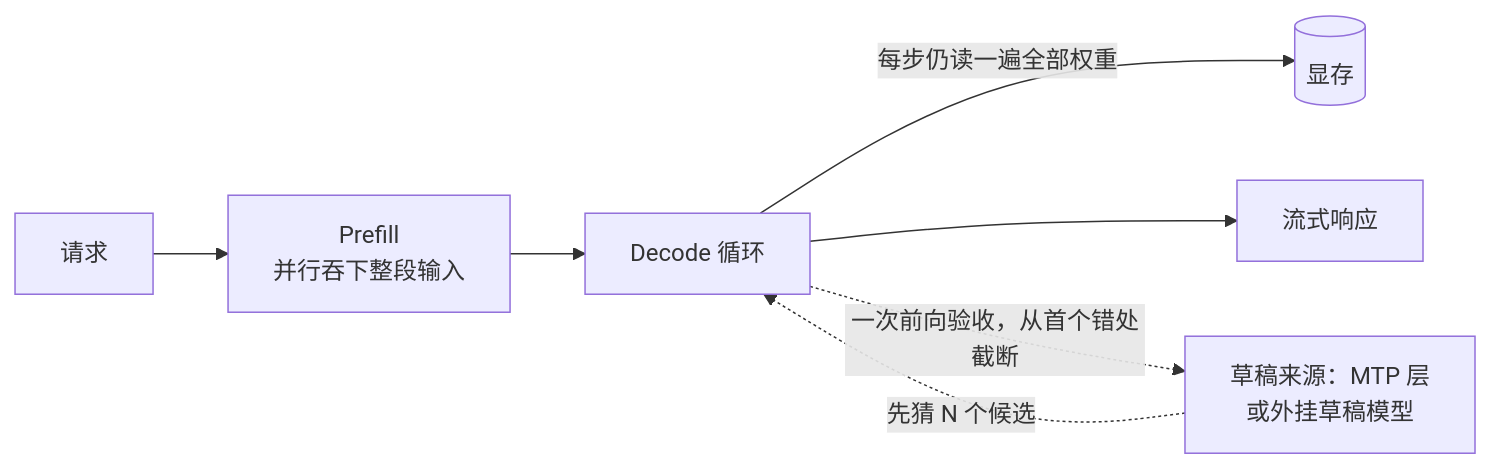
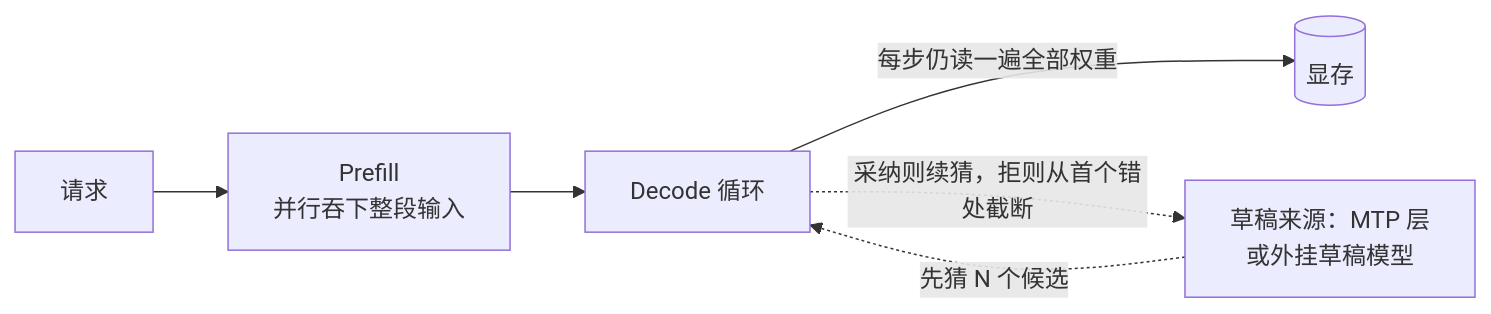
The diagram in content-v2/part3/3-5.md (Bahtya/llm-learning), drawn with Mermaid before and after one commit. The commit also changed other lines of this file and 39 other files, not shown here.

````diff
--- a/content-v2/part3/3-5.md
+++ b/content-v2/part3/3-5.md
@@ -15,9 +15,8 @@
 ```mermaid
 graph LR
     A["请求"] --> B["Prefill<br/>并行吞下整段输入"]
     B --> C["Decode 循环"]
     C -- "每步仍读一遍全部权重" --> M[("显存")]
-    C --> E["流式响应"]
     D["草稿来源：MTP 层<br/>或外挂草稿模型"] -. "先猜 N 个候选" .-> C
-    C -. "一次前向验收，从首个错处截断" .-> D
+    C -. "采纳则续猜，拒则从首个错处截断" .-> D
 ```
````
